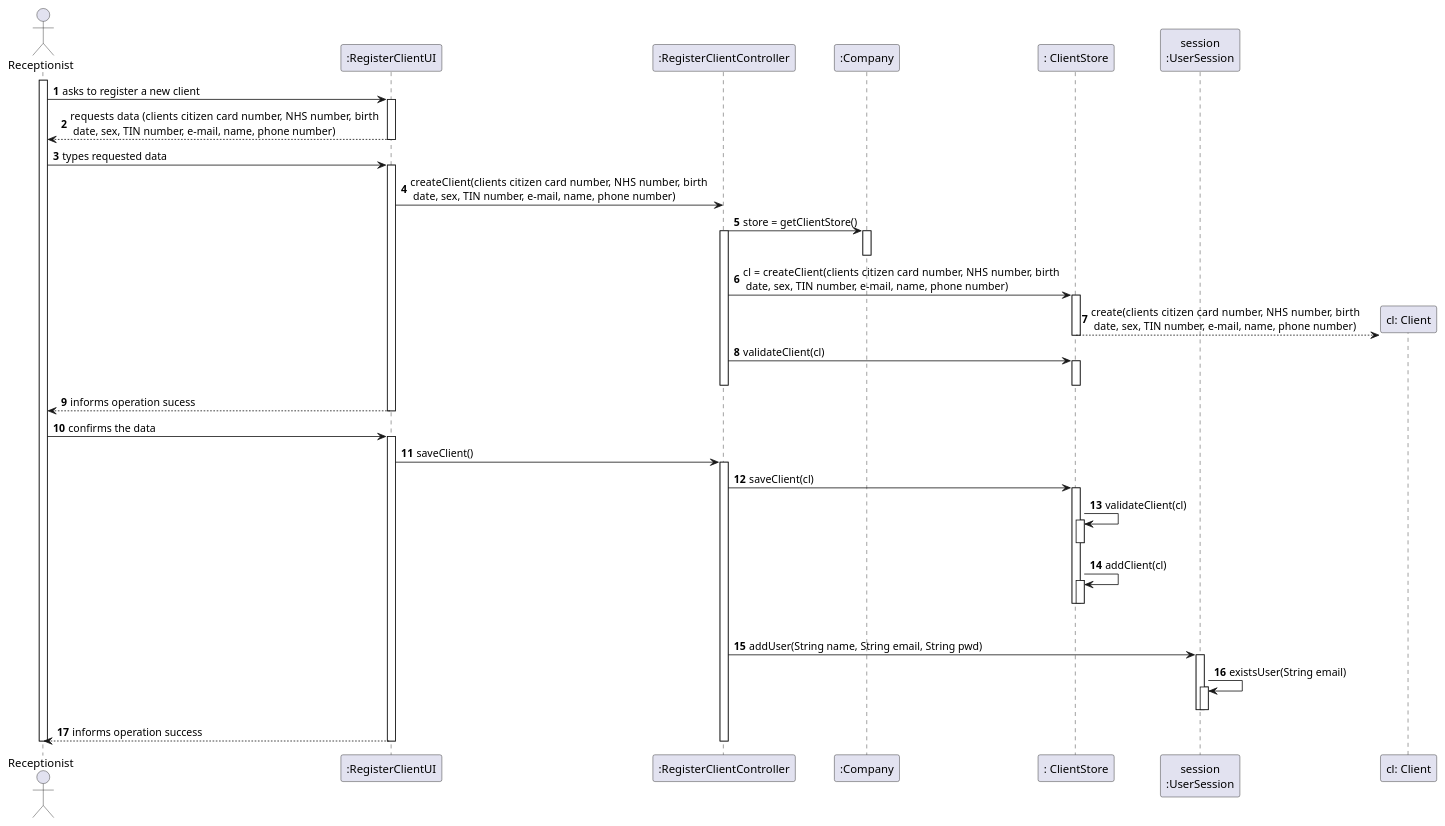
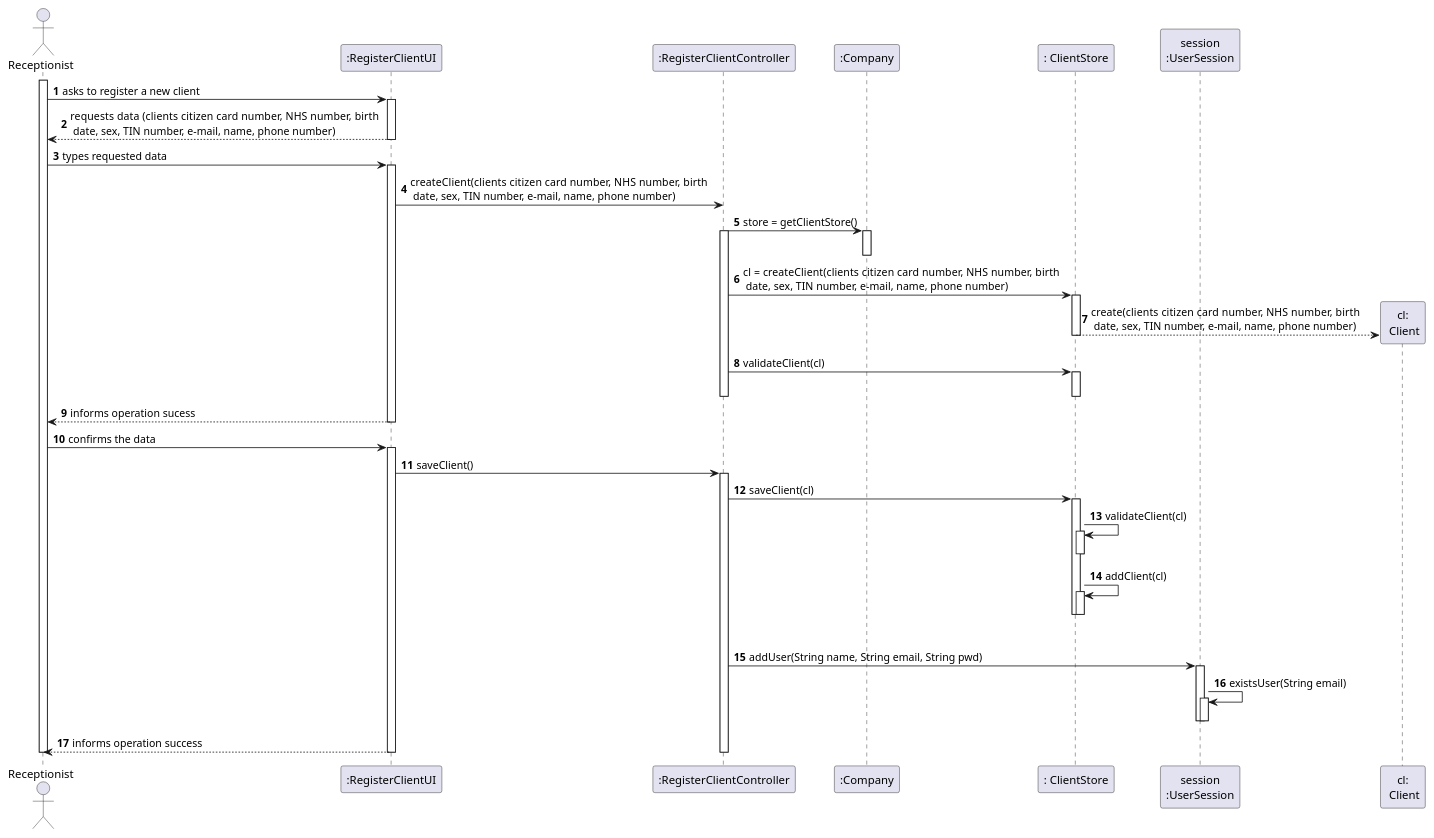
Before and after one commit to ana-albergaria/LAPR2-ISEP: the diagram in docs/SprintB/US_3/US3_SD.puml, drawn with PlantUML. The commit also changed 3 other files, not shown here.

```diff
--- a/docs/SprintB/US_3/US3_SD.puml
+++ b/docs/SprintB/US_3/US3_SD.puml
@@ -1,90 +1,90 @@
 @startuml
 autonumber
 'hide footbox
 actor "Receptionist" as RC
 
 participant ":RegisterClientUI" as UI
 participant ":RegisterClientController" as CTRL
 participant ":Company" as CP
 participant ": ClientStore" as CS
 participant "session\n:UserSession" as SESSAO
-participant "cl: Client" as CL
+participant "cl:\n Client" as CL
 
 
 activate RC
 RC -> UI : asks to register a new client
 activate UI
 UI --> RC : requests data (clients citizen card number, NHS number,  birth \n date, sex, TIN number, e-mail, name, phone number)
 deactivate UI
 
 RC -> UI : types requested data
 activate UI
 
 UI -> CTRL : createClient(clients citizen card number, NHS number,  birth \n date, sex, TIN number, e-mail, name, phone number)
 
 CTRL -> CP : store = getClientStore()
 activate CP
 deactivate CP
 activate CTRL
 CTRL -> CS : cl = createClient(clients citizen card number, NHS number,  birth \n date, sex, TIN number, e-mail, name, phone number)
 activate CS
 CS -->  CL** : create(clients citizen card number, NHS number,  birth \n date, sex, TIN number, e-mail, name, phone number)
 deactivate CS
 
 CTRL -> CS : validateClient(cl)
 activate CS
 
 deactivate CS
 deactivate CTRL
 
 UI --> RC : informs operation sucess
 deactivate CS
 deactivate UI
 
 RC -> UI : confirms the data
 activate UI
 
 UI -> CTRL : saveClient()
 activate CTRL
 
 CTRL -> CS : saveClient(cl)
 activate CS
 CS -> CS : validateClient(cl)
 activate CS
 deactivate CS
 CS -> CS : addClient(cl)
 activate CS
 deactivate CS
 |||
 deactivate CS
 
 CTRL -> SESSAO : addUser(String name, String email, String pwd)
 activate SESSAO
 SESSAO -> SESSAO : existsUser(String email)
 activate SESSAO
 deactivate SESSAO
 deactivate SESSAO
 
 
 
 
 
 
 
 
 
 
 UI --> RC: informs operation success
 
 deactivate CP
 deactivate CTRL
 deactivate UI
 
 
 
 deactivate CTRL
 deactivate UI
 
 deactivate RC
 
 @enduml
```
